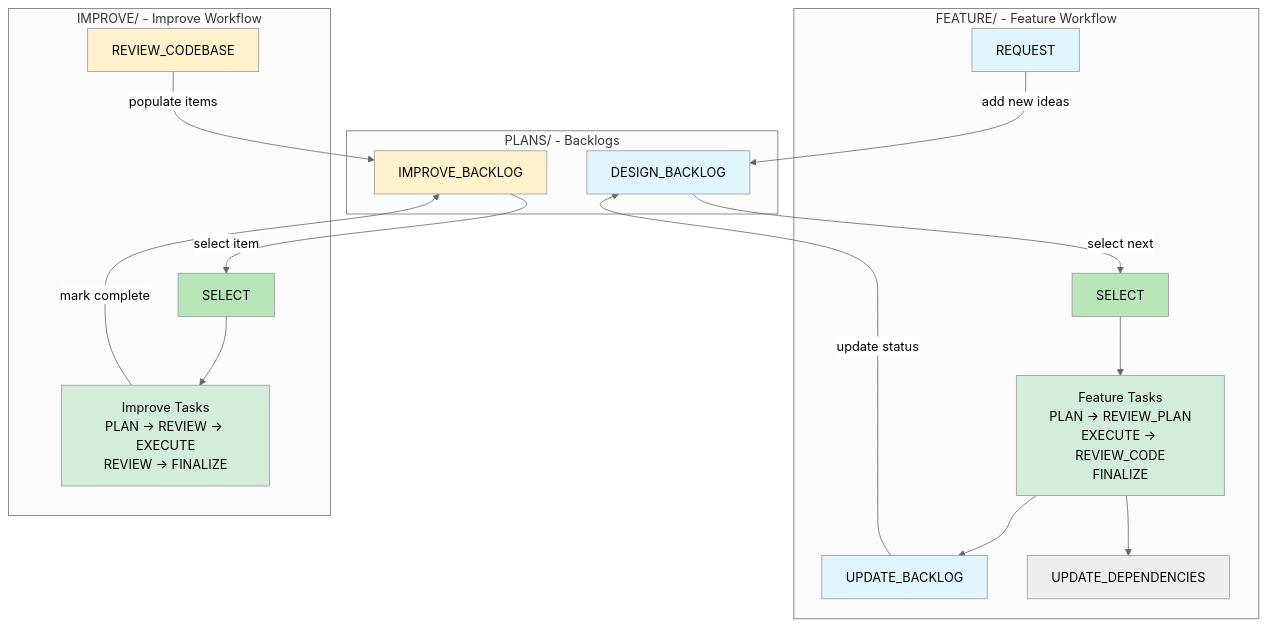
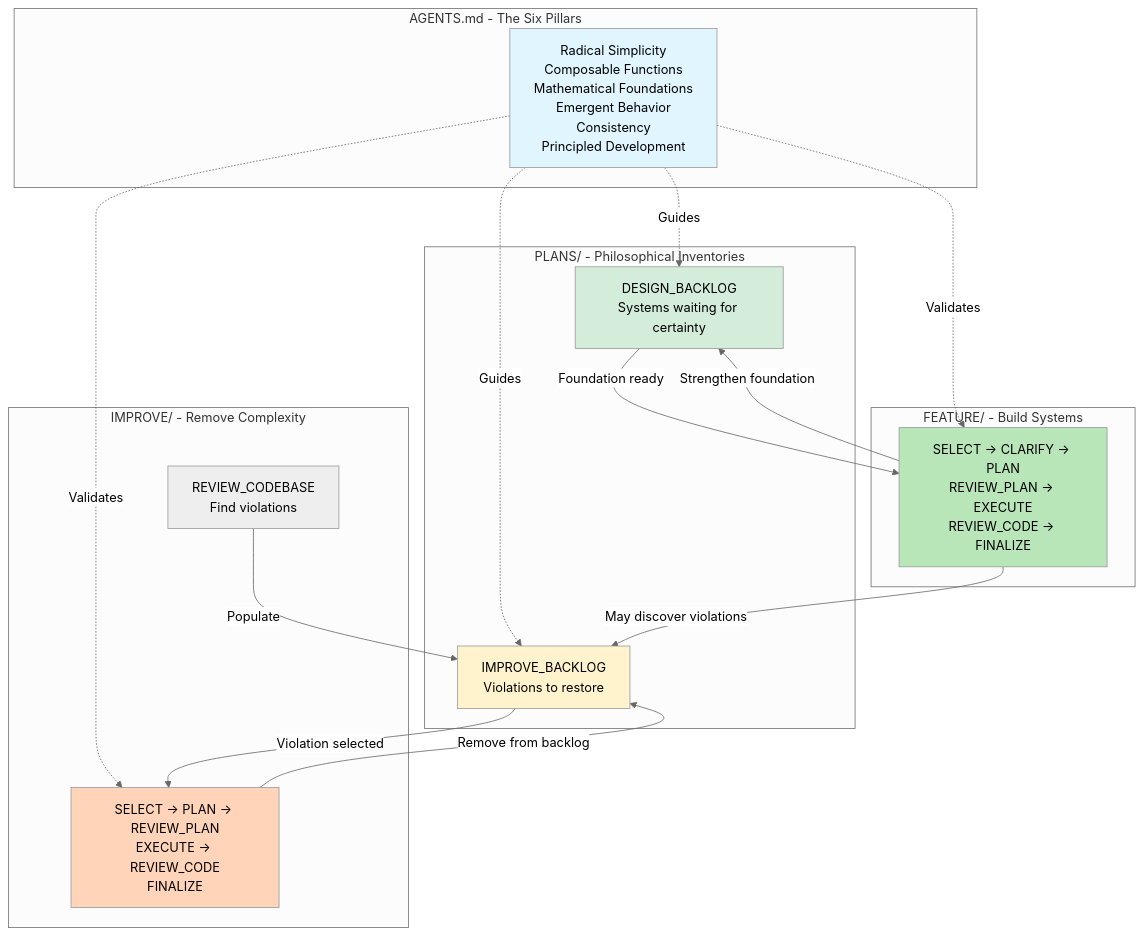
One commit to EvanLavender13/FrogLords changed the diagram in TASKS/WORKFLOW.md. Above: the diagram before and after it, drawn with Mermaid (neutral theme). The commit also changed other lines of this file and 63 other files, not shown here.

````diff
--- a/TASKS/WORKFLOW.md
+++ b/TASKS/WORKFLOW.md
@@ -7,45 +71,39 @@
 ```mermaid
 graph TB
-    subgraph Backlogs["PLANS/ - Backlogs"]
-        DB[DESIGN_BACKLOG]
-        IB[IMPROVE_BACKLOG]
+    subgraph Principles["AGENTS.md - The Six Pillars"]
+        P[Radical Simplicity<br/>Composable Functions<br/>Mathematical Foundations<br/>Emergent Behavior<br/>Consistency<br/>Principled Development]
     end
 
-    subgraph FeatureTasks["FEATURE/ - Feature Workflow"]
-        RF[REQUEST]
-        NF[SELECT]
-        FW[Feature Tasks<br/>PLAN → REVIEW_PLAN<br/>EXECUTE → REVIEW_CODE<br/>FINALIZE]
-        UB[UPDATE_BACKLOG]
-        UD[UPDATE_DEPENDENCIES]
+    subgraph Backlogs["PLANS/ - Philosophical Inventories"]
+        DB[DESIGN_BACKLOG<br/>Systems waiting for certainty]
+        IB[IMPROVE_BACKLOG<br/>Violations to restore]
     end
 
-    subgraph ImproveTasks["IMPROVE/ - Improve Workflow"]
-        RC[REVIEW_CODEBASE]
-        SI[SELECT]
-        IW[Improve Tasks<br/>PLAN → REVIEW → EXECUTE<br/>REVIEW → FINALIZE]
+    subgraph Feature["FEATURE/ - Build Systems"]
+        FS[SELECT → CLARIFY → PLAN<br/>REVIEW_PLAN → EXECUTE<br/>REVIEW_CODE → FINALIZE]
     end
 
-    %% Feature workflow flows
-    RF -->|add new ideas| DB
-    DB -->|select next| NF
-    NF --> FW
-    FW --> UB
-    FW --> UD
-    UB -->|update status| DB
+    subgraph Improve["IMPROVE/ - Remove Complexity"]
+        IS[SELECT → PLAN → REVIEW_PLAN<br/>EXECUTE → REVIEW_CODE<br/>FINALIZE]
+        RC[REVIEW_CODEBASE<br/>Find violations]
+    end
 
-    %% Improve workflow flows
-    RC -->|populate items| IB
-    IB -->|select item| SI
-    SI --> IW
-    IW -->|mark complete| IB
+    P -.->|Guides| DB
+    P -.->|Guides| IB
+    P -.->|Validates| FS
+    P -.->|Validates| IS
 
-    style DB fill:#e1f5ff
+    DB -->|Foundation ready| FS
+    FS -->|Strengthen foundation| DB
+    FS -->|May discover violations| IB
+
+    RC -->|Populate| IB
+    IB -->|Violation selected| IS
+    IS -->|Remove from backlog| IB
+
+    style P fill:#e1f5ff
+    style DB fill:#d4edda
     style IB fill:#fff3cd
-    style FW fill:#d4edda
-    style IW fill:#d4edda
-    style NF fill:#b8e6b8
-    style SI fill:#b8e6b8
-    style RF fill:#e1f5ff
-    style RC fill:#fff3cd
-    style UB fill:#e1f5ff
+    style FS fill:#b8e6b8
+    style IS fill:#ffd4b8
 ```
````
